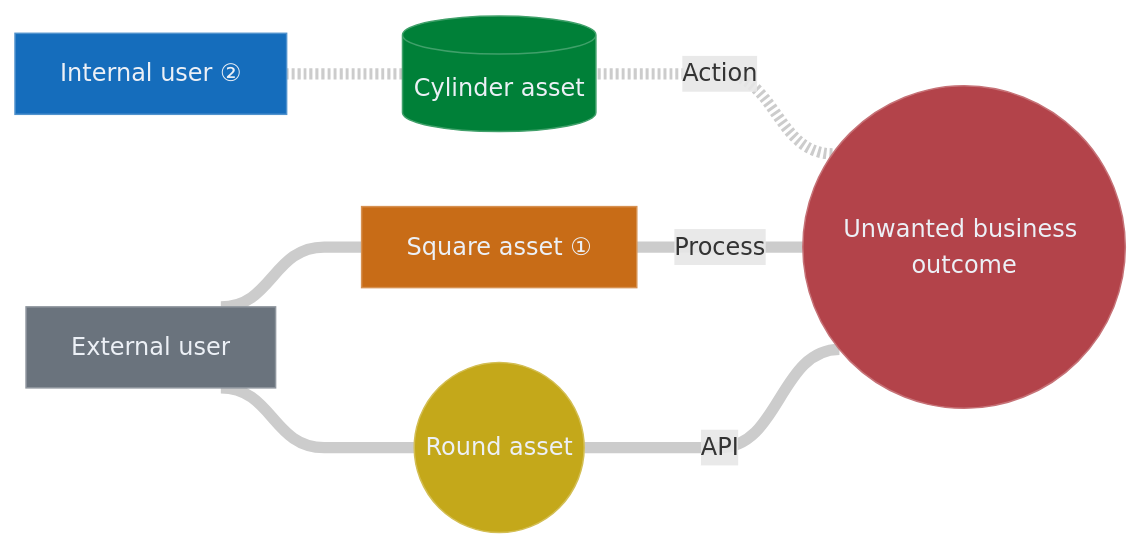
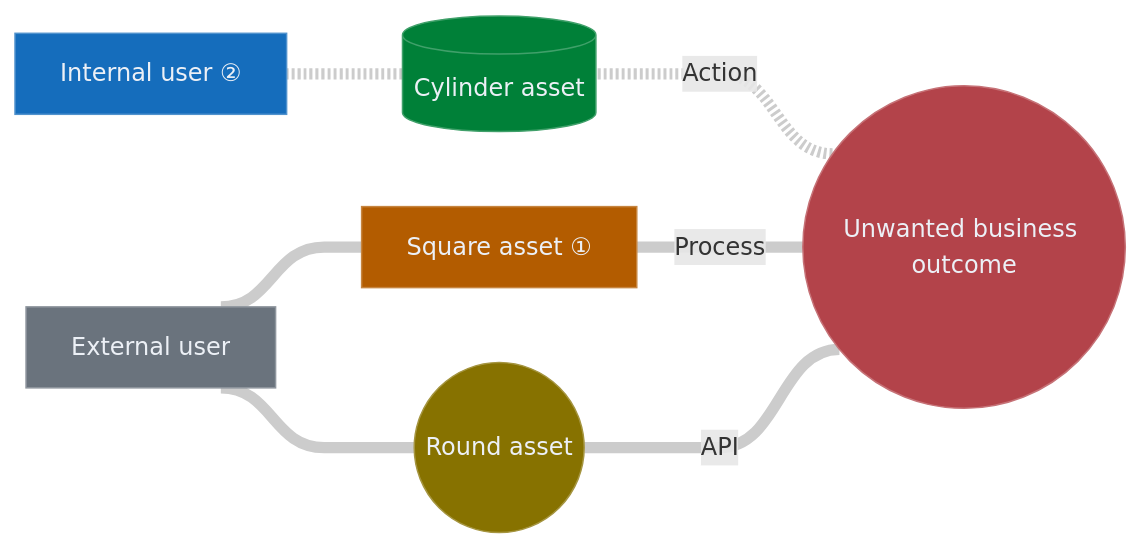
The diagram in sample-graph.md (tomituominen/APME), drawn with Mermaid before and after one commit. The commit also changed 8 other files, not shown here.

````diff
--- a/sample-graph.md
+++ b/sample-graph.md
@@ -3,28 +3,28 @@
 ```mermaid
 %%{init: {"flowchart": {"curve": "bumpX"}}}%%
 %% APM-DATA: {"v":1,"dir":"RL","master":"n2","pos":{"n2":[0,0],"n4":[-390,-227],"n5":[-390,-27],"n6":[-390,173],"n7":[-770,-235],"n8":[-770,65]},"bends":{"n2|n4":[-0.0741,0.3825],"n2|n5":[-0.0181,0.0348],"n2|n6":[-0.0486,-0.3349]},"notes":{"n5":"Important note about the asset","n7":"Important note about the user"}}
 flowchart RL
   n2(("Unwanted business outcome"))
   n4[("Cylinder asset")]
   n5["Square asset ①"]
   n6(("Round asset"))
   n7["Internal user ②"]
   n8["External user"]
   n2 -.-|"Action"| n4
   n2 ---|"Process"| n5
   n2 ---|"API"| n6
   n4 -.- n7
   n5 --- n8
   n6 --- n8
   linkStyle default stroke:#cccccc,stroke-width:7.5px;
 
   style n2 fill:#b3434a,stroke:#c67277,color:#ecf0f6
   style n4 fill:#008038,stroke:#40a06a,color:#ecf0f6
-  style n5 fill:#c86c17,stroke:#d69151,color:#ecf0f6
-  style n6 fill:#c4a81a,stroke:#d3be53,color:#ecf0f6
+  style n5 fill:#b35c00,stroke:#c68540,color:#ecf0f6
+  style n6 fill:#877200,stroke:#a59540,color:#ecf0f6
   style n7 fill:#156dbc,stroke:#5092cd,color:#ecf0f6
   style n8 fill:#6a737d,stroke:#8f969e,color:#ecf0f6
 
   click n5 "#note-n5" "Square asset"
   click n7 "#note-n7" "Internal user"
 ```
````
